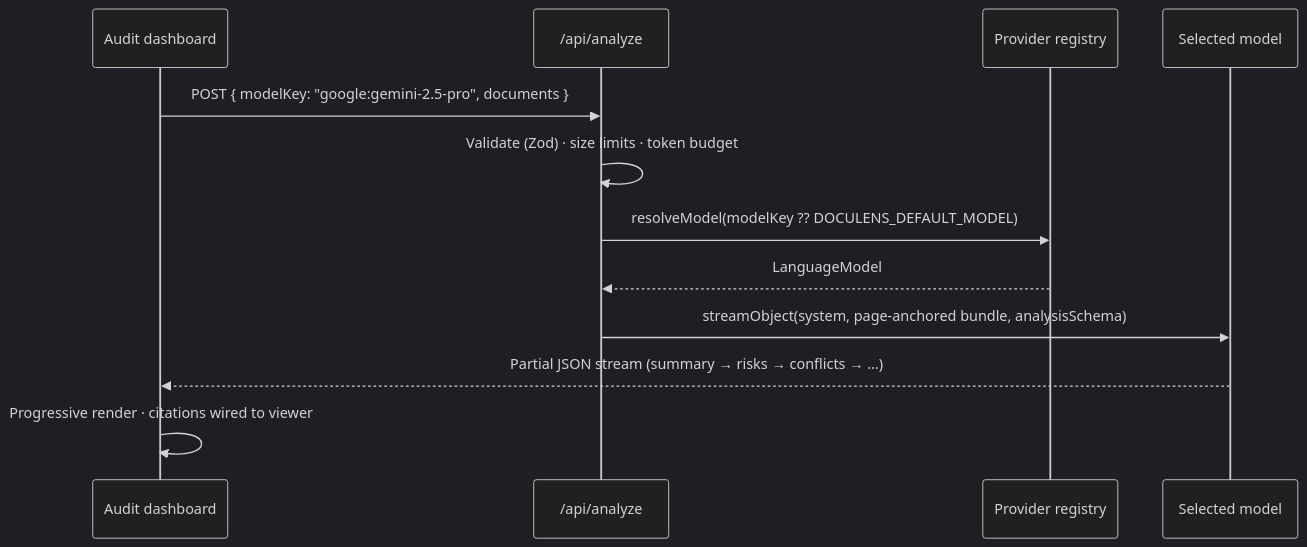
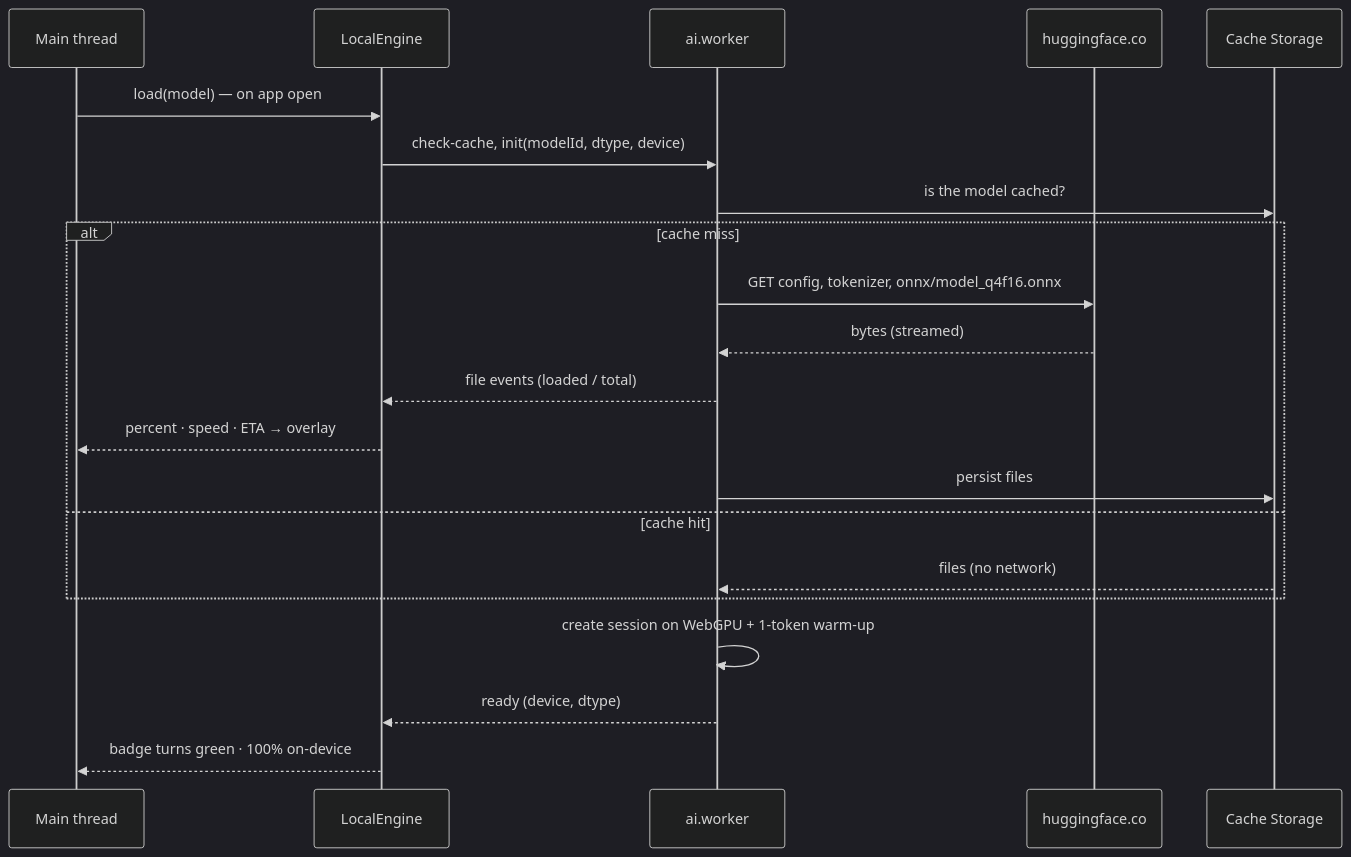
Before and after one commit to ShamanBhat/DocuLens: the third of 3 diagrams in README.md, drawn with Mermaid (dark theme). The commit also changed other lines of this file and 39 other files, not shown here.

Commit message:
feat: add local model support

````diff
--- a/README.md
+++ b/README.md
@@ -80,14 +114,23 @@
 ```mermaid
 sequenceDiagram
-    participant UI as Audit dashboard
-    participant API as /api/analyze
-    participant R as Provider registry
-    participant M as Selected model
-    UI->>API: POST { modelKey: "google:gemini-2.5-pro", documents }
-    API->>API: Validate (Zod) · size limits · token budget
-    API->>R: resolveModel(modelKey ?? DOCULENS_DEFAULT_MODEL)
-    R-->>API: LanguageModel
-    API->>M: streamObject(system, page-anchored bundle, analysisSchema)
-    M-->>UI: Partial JSON stream (summary → risks → conflicts → …)
-    UI->>UI: Progressive render · citations wired to viewer
+    participant UI as Main thread
+    participant E as LocalEngine
+    participant W as ai.worker
+    participant HF as huggingface.co
+    participant C as Cache Storage
+    UI->>E: load(model) — on app open
+    E->>W: check-cache, init(modelId, dtype, device)
+    W->>C: is the model cached?
+    alt cache miss
+        W->>HF: GET config, tokenizer, onnx/model_q4f16.onnx
+        HF-->>W: bytes (streamed)
+        W-->>E: file events (loaded / total)
+        E-->>UI: percent · speed · ETA → overlay
+        W->>C: persist files
+    else cache hit
+        C-->>W: files (no network)
+    end
+    W->>W: create session on WebGPU + 1-token warm-up
+    W-->>E: ready (device, dtype)
+    E-->>UI: badge turns green · 100% on-device
 ```
````
